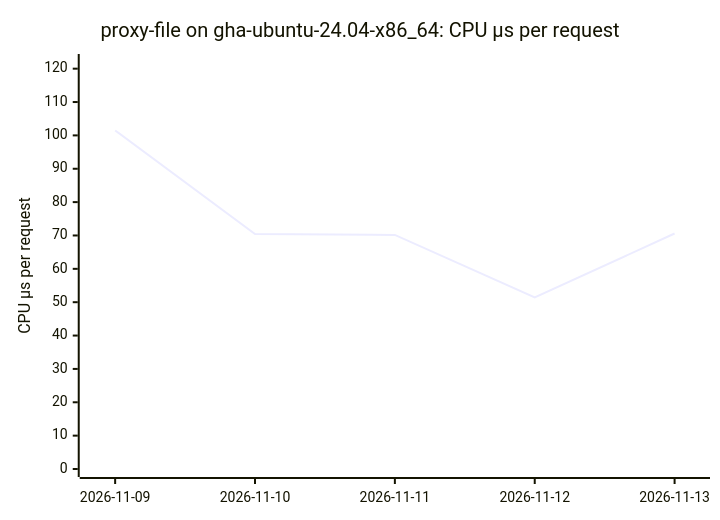
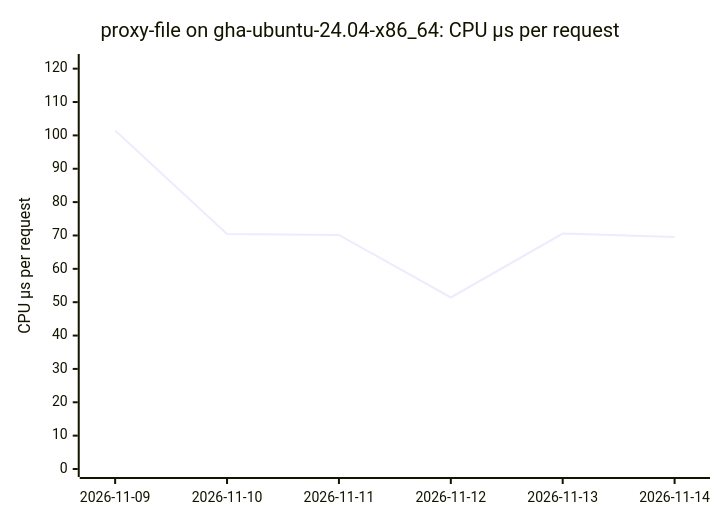
Before and after one commit to ThePixelPilgrim/durchlauferhitzer: the seventh of 18 diagrams in BENCHMARKS.md, drawn with Mermaid. The commit also changed other lines of this file and 1 other file, not shown here.

````diff
--- a/BENCHMARKS.md
+++ b/BENCHMARKS.md
@@ -86,7 +86,7 @@
 ```mermaid
 xychart-beta
   title "proxy-file on gha-ubuntu-24.04-x86_64: CPU µs per request"
-  x-axis ["2026-11-09", "2026-11-10", "2026-11-11", "2026-11-12", "2026-11-13"]
+  x-axis ["2026-11-09", "2026-11-10", "2026-11-11", "2026-11-12", "2026-11-13", "2026-11-14"]
   y-axis "CPU µs per request" 0 --> 122
-  line [101.47, 70.43, 70.16, 51.41, 70.59]
+  line [101.47, 70.43, 70.16, 51.41, 70.59, 69.57]
 ```
````
